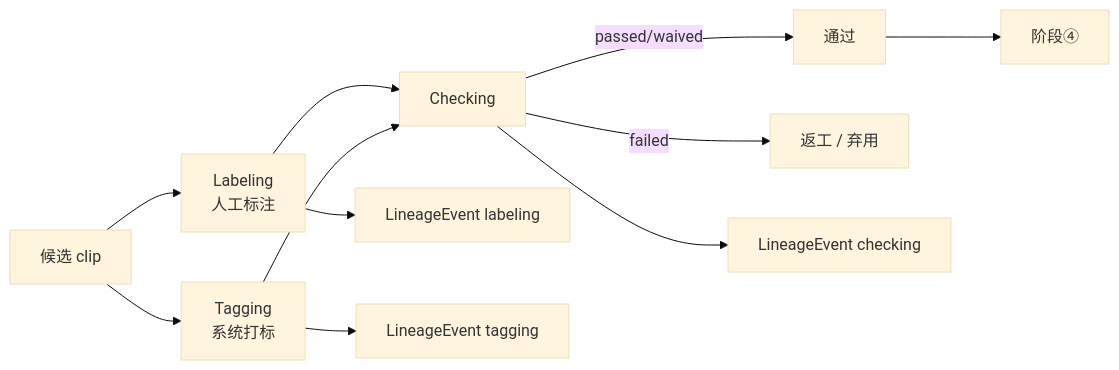
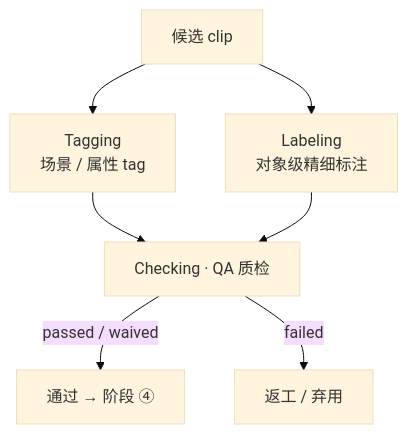
One commit to gray-cgm/ai-native-data-engine changed the second of 4 diagrams in docs/architecture/business-flows.md. Above: the diagram before and after it, drawn with Mermaid (base theme). The commit also changed other lines of this file and 69 other files, not shown here.

````diff
--- a/docs/architecture/business-flows.md
+++ b/docs/architecture/business-flows.md
@@ -76,12 +115,9 @@
 ```mermaid
-flowchart LR
-    CAND[候选 clip] --> L[Labeling<br/>人工标注] --> CHK[Checking]
-    CAND --> T[Tagging<br/>系统打标] --> CHK
-    CHK -->|passed/waived| OK[通过]
+flowchart TB
+    CAND[候选 clip] --> TAG[Tagging<br/>场景 / 属性 tag]
+    CAND --> LAB[Labeling<br/>对象级精细标注]
+    TAG --> CHK[Checking · QA 质检]
+    LAB --> CHK
+    CHK -->|passed / waived| OK[通过 → 阶段 ④]
     CHK -->|failed| BACK[返工 / 弃用]
-    OK --> NEXT[阶段④]
-
-    L --> EVT1[LineageEvent labeling]
-    T --> EVT2[LineageEvent tagging]
-    CHK --> EVT3[LineageEvent checking]
 ```
````
